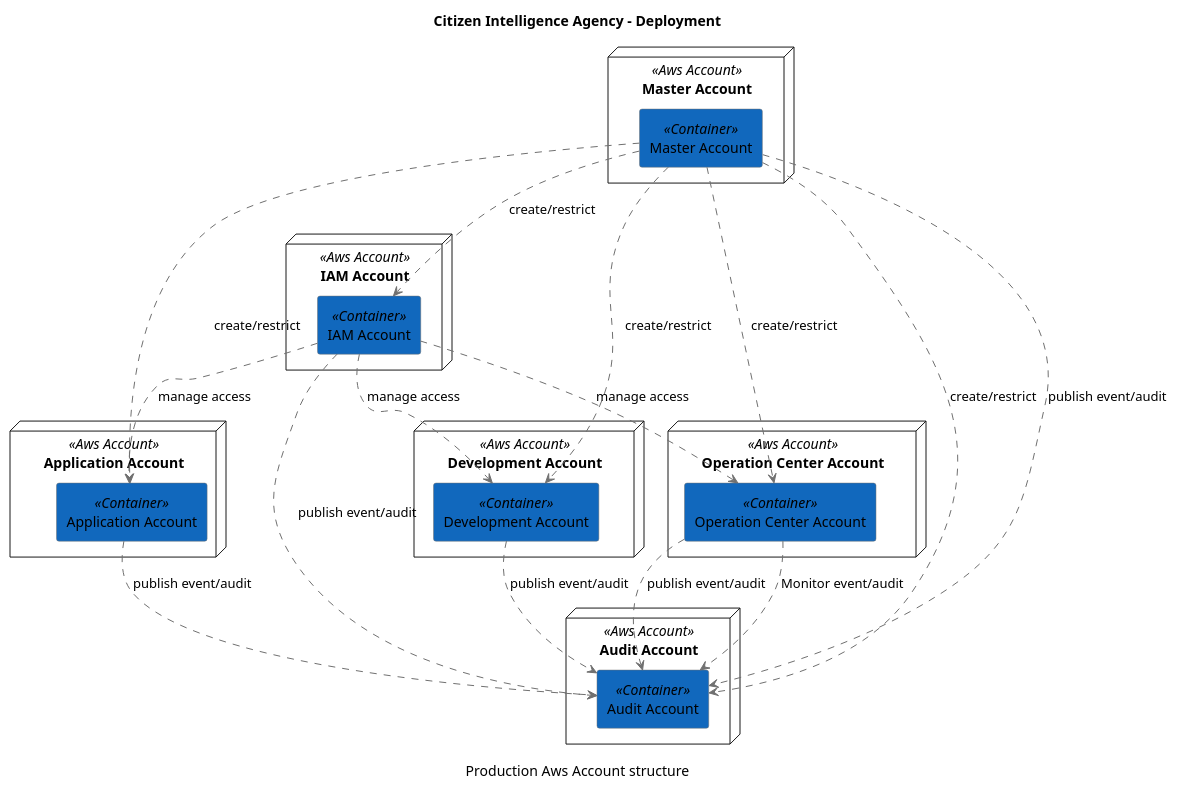
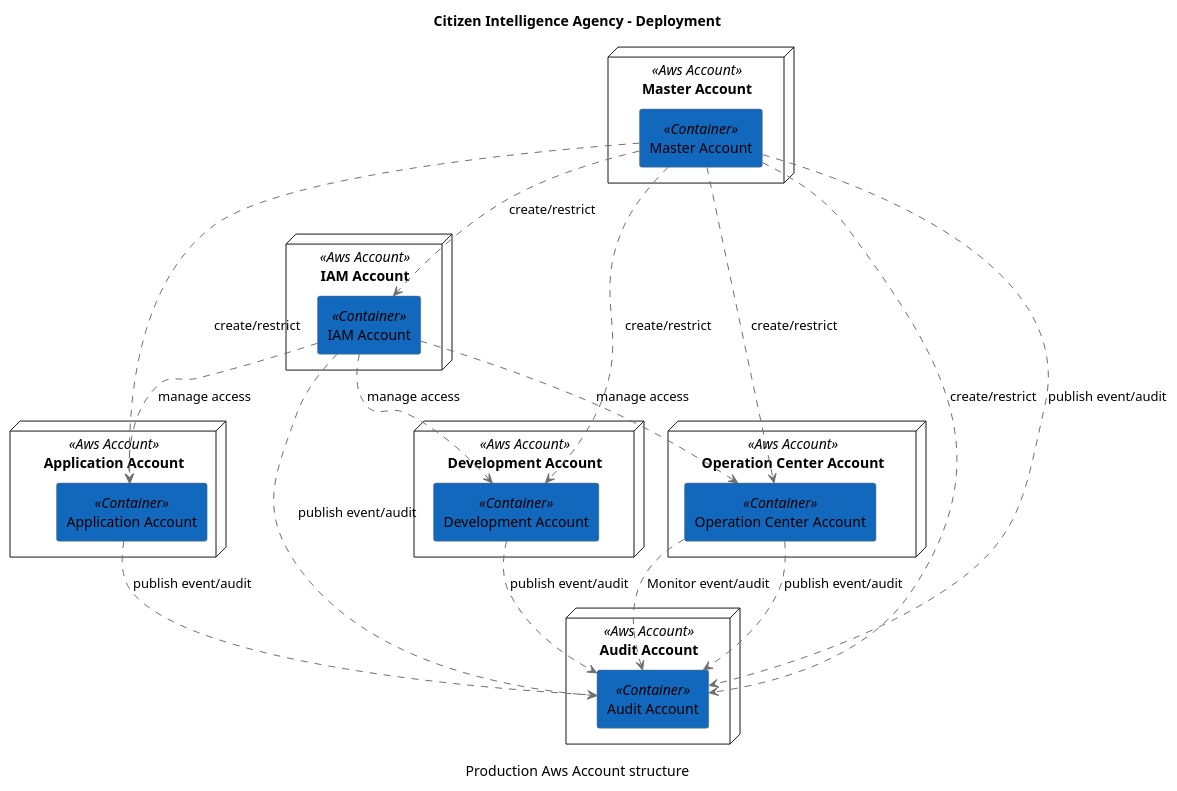
Before and after one commit to Hack23/cia: the diagram in architecture/Citizen-Intelligence-Agency-Prod-Aws-Account-Structure.pu, drawn with PlantUML. The commit also changed other lines of this file and 2494 other files, not shown here.

```diff
--- a/architecture/Citizen-Intelligence-Agency-Prod-Aws-Account-Structure.pu
+++ b/architecture/Citizen-Intelligence-Agency-Prod-Aws-Account-Structure.pu
@@ -1,47 +1,47 @@
 @startuml(id="Production_Aws_Account_structure")
 scale max 2000x2000
 title Citizen Intelligence Agency - Deployment
 caption "Production Aws Account structure"
 
 skinparam {
   shadowing false
   arrowColor #707070
   actorBorderColor #707070
   componentBorderColor #707070
   rectangleBorderColor #707070
   noteBackgroundColor #ffffff
   noteBorderColor #707070
 }
 node "Application Account" <<Aws Account>> as 12 {
   rectangle "Application Account" <<Container>> as 34 #1168bd
 }
 node "Audit Account" <<Aws Account>> as 10 {
   rectangle "Audit Account" <<Container>> as 30 #1168bd
 }
 node "Development Account" <<Aws Account>> as 6 {
   rectangle "Development Account" <<Container>> as 29 #1168bd
 }
 node "IAM Account" <<Aws Account>> as 4 {
   rectangle "IAM Account" <<Container>> as 36 #1168bd
 }
 node "Master Account" <<Aws Account>> as 2 {
   rectangle "Master Account" <<Container>> as 41 #1168bd
 }
 node "Operation Center Account" <<Aws Account>> as 8 {
   rectangle "Operation Center Account" <<Container>> as 28 #1168bd
 }
-36 .[#707070].> 29 : manage access
+36 .[#707070].> 30 : publish event/audit
 41 .[#707070].> 34 : create/restrict
-41 .[#707070].> 28 : create/restrict
-28 .[#707070].> 30 : Monitor event/audit
+41 .[#707070].> 36 : create/restrict
 28 .[#707070].> 30 : publish event/audit
+29 .[#707070].> 30 : publish event/audit
 36 .[#707070].> 34 : manage access
 34 .[#707070].> 30 : publish event/audit
-29 .[#707070].> 30 : publish event/audit
+28 .[#707070].> 30 : Monitor event/audit
+41 .[#707070].> 29 : create/restrict
+41 .[#707070].> 28 : create/restrict
 41 .[#707070].> 30 : create/restrict
 41 .[#707070].> 30 : publish event/audit
-41 .[#707070].> 36 : create/restrict
-41 .[#707070].> 29 : create/restrict
+36 .[#707070].> 29 : manage access
 36 .[#707070].> 28 : manage access
-36 .[#707070].> 30 : publish event/audit
 @enduml
```
